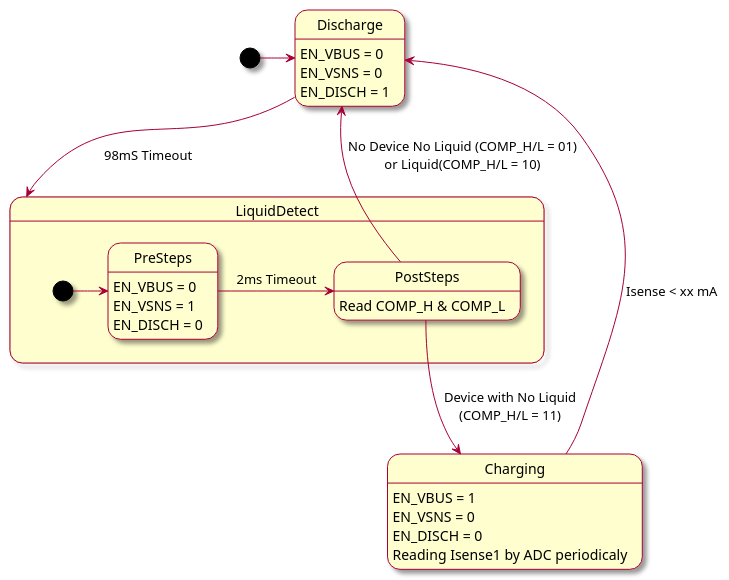
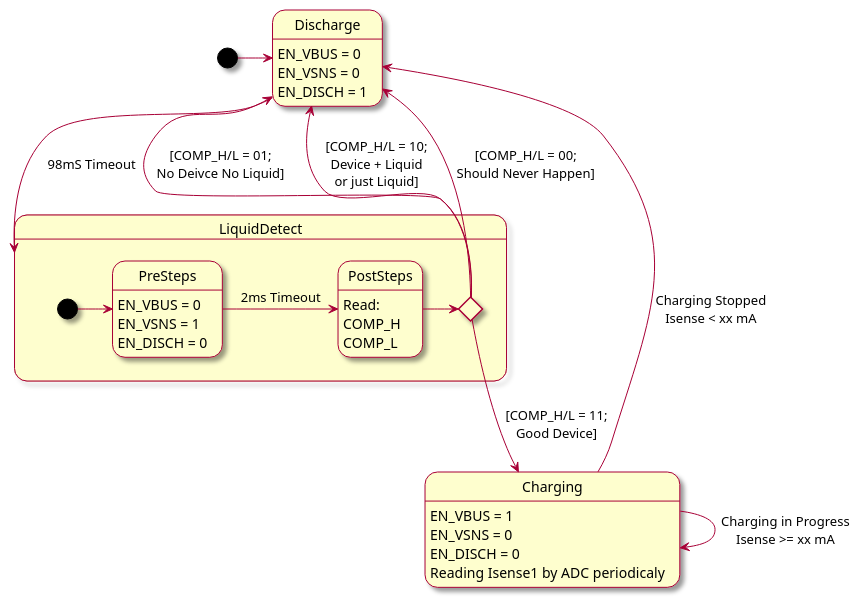
Before and after one commit to breakersun/UML-State-Machine-in-C: the diagram in demo/simple_detection_loop/docs/plantuml.md, drawn with PlantUML.

Commit message:
decorate plantuml diagram

```diff
--- a/demo/simple_detection_loop/docs/plantuml.md
+++ b/demo/simple_detection_loop/docs/plantuml.md
@@ -1,28 +1,33 @@
 @startuml
 skin rose
 [*] -right-> Discharge
 Discharge : EN_VBUS = 0
 Discharge : EN_VSNS = 0
 Discharge : EN_DISCH = 1
 
 
 Charging : EN_VBUS = 1
 Charging : EN_VSNS = 0
 Charging : EN_DISCH = 0
 Charging : Reading Isense1 by ADC periodicaly
-Charging -up-> Discharge : Isense < xx mA
+Charging -up-> Discharge : Charging Stopped\nIsense < xx mA
+Charging --> Charging : Charging in Progress\nIsense >= xx mA
 
 
 Discharge -right->  LiquidDetect : 98mS Timeout
 state LiquidDetect {
   [*] -> PreSteps
   PreSteps -> PostSteps : 2ms Timeout
-  PostSteps -up->  Discharge : No Device No Liquid (COMP_H/L = 01)\nor Liquid(COMP_H/L = 10)
-  PostSteps -down-> Charging : Device with No Liquid\n(COMP_H/L = 11)
+  state COMP <<choice>>
+  PostSteps -> COMP
+  COMP -up->  Discharge : [COMP_H/L = 01;\nNo Deivce No Liquid]
+  COMP -up->  Discharge : [COMP_H/L = 10;\nDevice + Liquid\nor just Liquid]
+  COMP -up->  Discharge : [COMP_H/L = 00;\nShould Never Happen]
+  COMP -down->  Charging : [COMP_H/L = 11;\nGood Device]
   PreSteps : EN_VBUS = 0
   PreSteps : EN_VSNS = 1
   PreSteps : EN_DISCH = 0
-  PostSteps : Read COMP_H & COMP_L
-  }
+  PostSteps : Read:\nCOMP_H \nCOMP_L
+}
 
 @enduml
```
